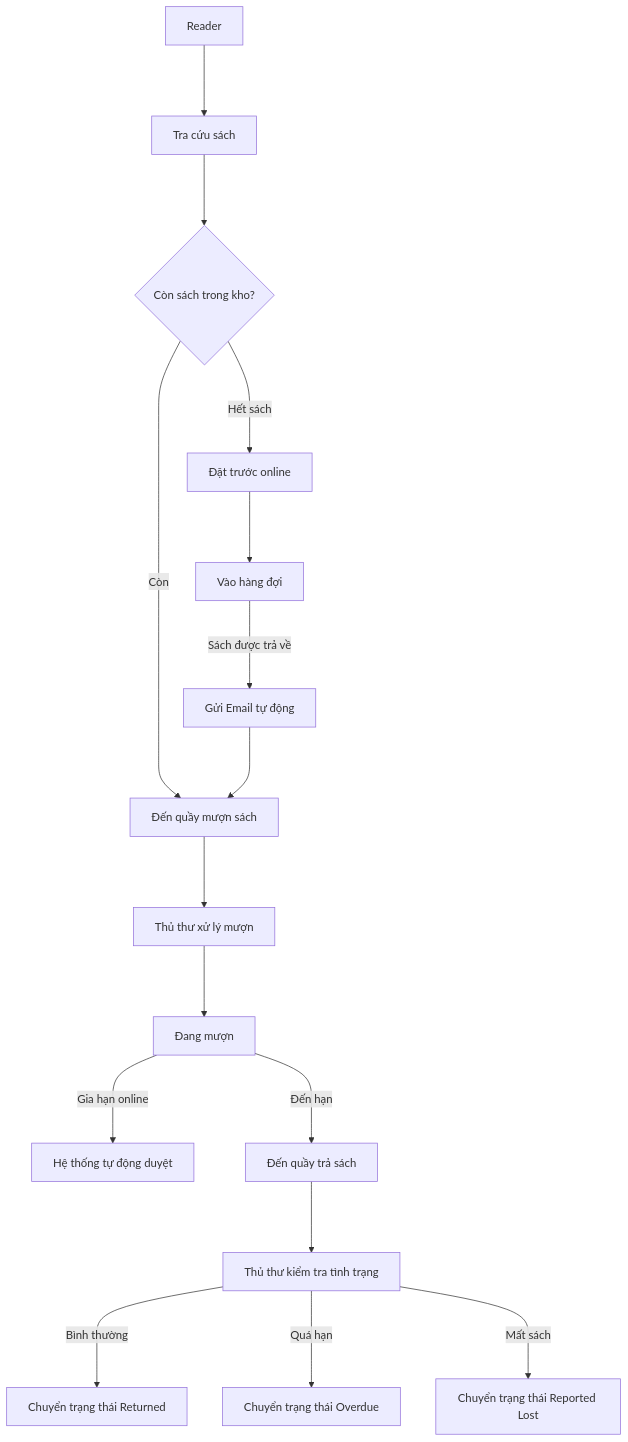
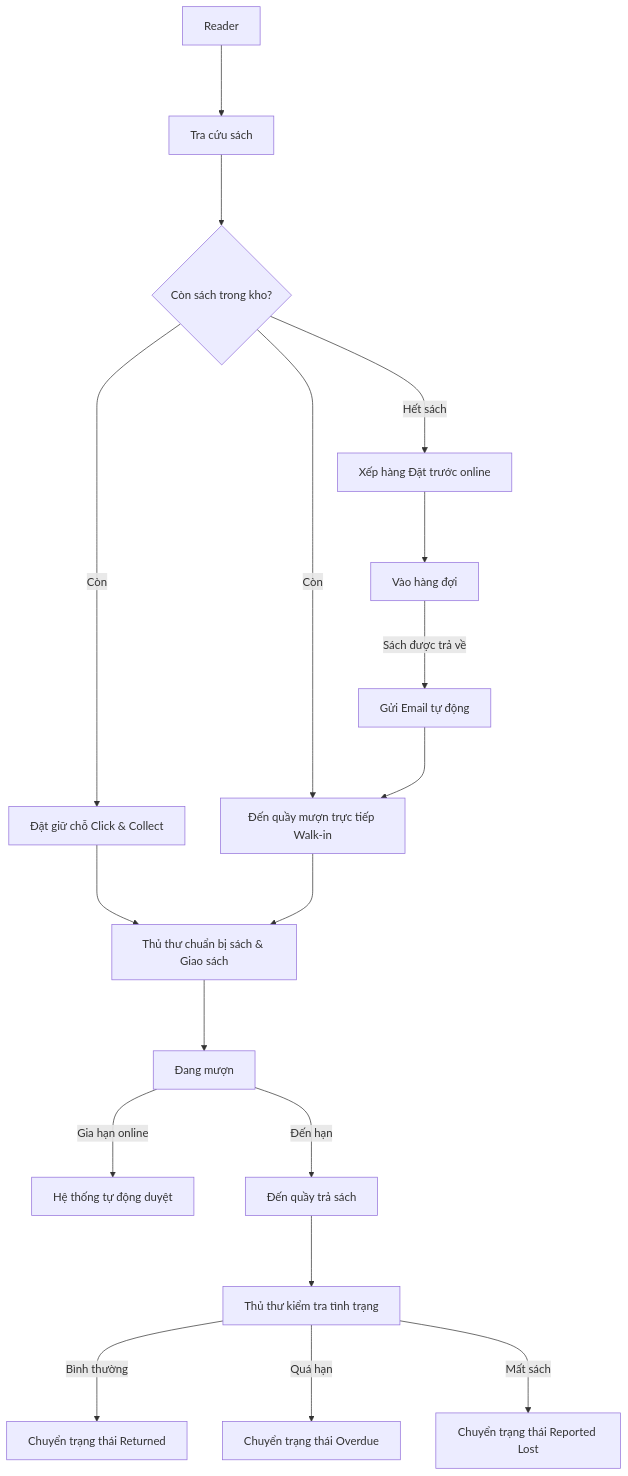
One commit to WuynWuyn/LiMS changed the fifth of 7 diagrams in documents/SRS_DEHA_NHOM2_v4.0.md. Above: the diagram before and after it, drawn with Mermaid. The commit also changed other lines of this file, not shown here.

Commit message:
docs: update SRS flowchart and ISBN definition

````diff
--- a/documents/SRS_DEHA_NHOM2_v4.0.md
+++ b/documents/SRS_DEHA_NHOM2_v4.0.md
@@ -242,18 +242,20 @@
 ```mermaid
 flowchart TD
     A[Reader] ---> B[Tra cứu sách]
     B ---> C{Còn sách trong kho?}
-    C --->|Còn| D[Đến quầy mượn sách]
-    D ---> E[Thủ thư xử lý mượn]
-    C --->|Hết sách| F[Đặt trước online]
+    C --->|Còn| D1[Đặt giữ chỗ Click & Collect]
+    C --->|Còn| D2[Đến quầy mượn trực tiếp Walk-in]
+    D1 ---> E[Thủ thư chuẩn bị sách & Giao sách]
+    D2 ---> E
+    C --->|Hết sách| F[Xếp hàng Đặt trước online]
     F ---> G[Vào hàng đợi]
     G --->|Sách được trả về| H[Gửi Email tự động]
-    H ---> D
+    H ---> D2
     E ---> I[Đang mượn]
     I --->|Gia hạn online| J[Hệ thống tự động duyệt]
     I --->|Đến hạn| K[Đến quầy trả sách]
     K ---> L[Thủ thư kiểm tra tình trạng]
     L --->|Bình thường| M[Chuyển trạng thái Returned]
     L --->|Quá hạn| N[Chuyển trạng thái Overdue]
     L --->|Mất sách| O[Chuyển trạng thái Reported Lost]
 ```
````
